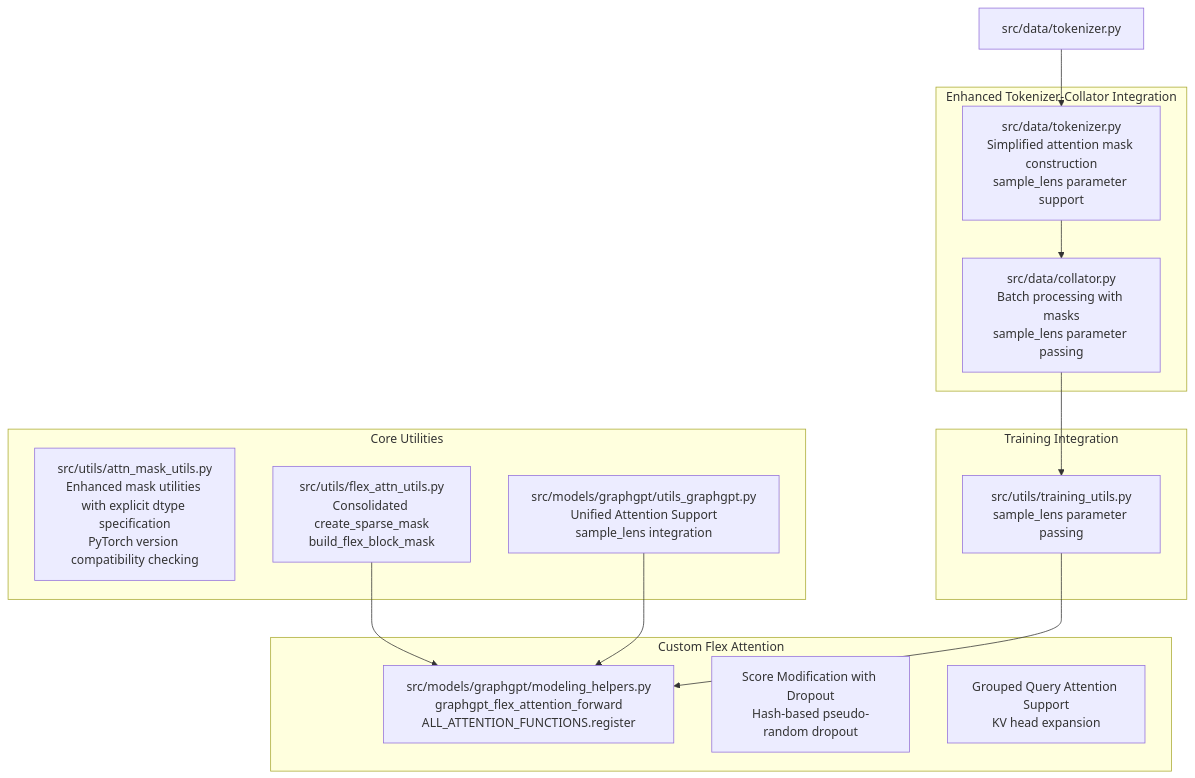
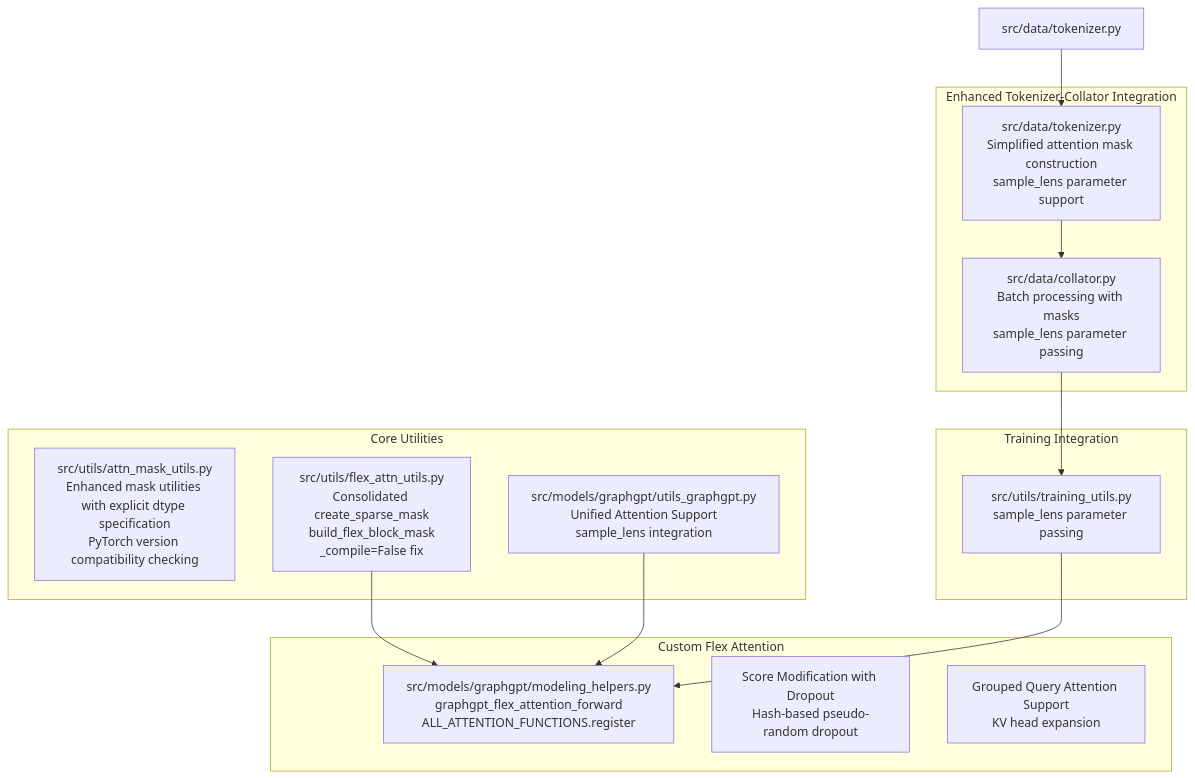
One commit to alibaba/graph-gpt changed the first of 12 diagrams in .qoder/repowiki/en/content/Utility Functions/Attention Mask Utilities.md. Above: the diagram before and after it, drawn with Mermaid. The commit also changed other lines of this file and 4 other files, not shown here.

````diff
--- a/.qoder/repowiki/en/content/Utility Functions/Attention Mask Utilities.md
+++ b/.qoder/repowiki/en/content/Utility Functions/Attention Mask Utilities.md
@@ -48,26 +50,26 @@
 ```mermaid
 graph TB
 subgraph "Enhanced Tokenizer-Collator Integration"
 TC1["src/data/tokenizer.py<br/>Simplified attention mask construction<br/>sample_lens parameter support"]
 CC1["src/data/collator.py<br/>Batch processing with masks<br/>sample_lens parameter passing"]
 end
 subgraph "Custom Flex Attention"
 CF1["src/models/graphgpt/modeling_helpers.py<br/>graphgpt_flex_attention_forward<br/>ALL_ATTENTION_FUNCTIONS.register"]
 CF2["Score Modification with Dropout<br/>Hash-based pseudo-random dropout"]
 CF3["Grouped Query Attention Support<br/>KV head expansion"]
 end
 subgraph "Core Utilities"
 U1["src/utils/attn_mask_utils.py<br/>Enhanced mask utilities with explicit dtype specification<br/>PyTorch version compatibility checking"]
-U2["src/utils/flex_attn_utils.py<br/>Consolidated create_sparse_mask<br/>build_flex_block_mask"]
+U2["src/utils/flex_attn_utils.py<br/>Consolidated create_sparse_mask<br/>build_flex_block_mask<br/>_compile=False fix"]
 U3["src/models/graphgpt/utils_graphgpt.py<br/>Unified Attention Support<br/>sample_lens integration"]
 end
 subgraph "Training Integration"
 TU1["src/utils/training_utils.py<br/>sample_lens parameter passing"]
 end
 T1["src/data/tokenizer.py"] --> TC1
 TC1 --> CC1
 CC1 --> TU1
 U2 --> CF1
 U3 --> CF1
 TU1 --> CF1
 ```
````
